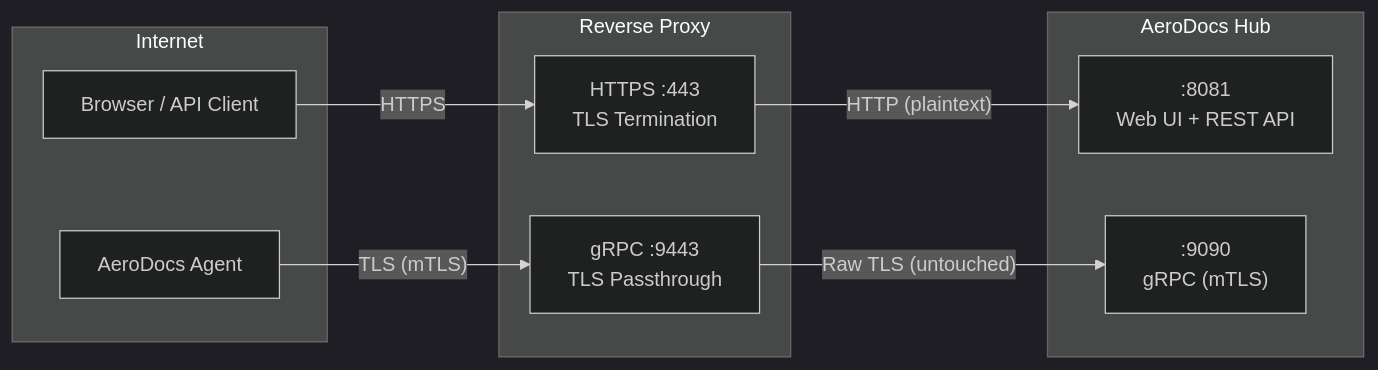
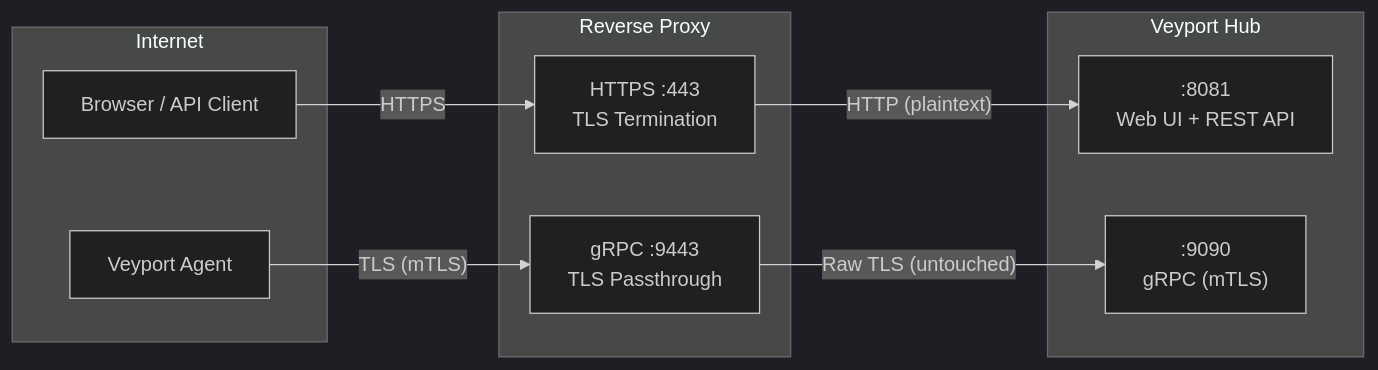
Before and after one commit to lorconksu/aerodocs: the diagram in docs/wiki/Proxy-Configuration.md, drawn with Mermaid (dark theme). The commit also changed other lines of this file and 237 other files, not shown here.

````diff
--- a/docs/wiki/Proxy-Configuration.md
+++ b/docs/wiki/Proxy-Configuration.md
@@ -16,23 +16,23 @@
 ```mermaid
 flowchart LR
     subgraph Internet
         Browser["Browser / API Client"]
-        Agent["AeroDocs Agent"]
+        Agent["Veyport Agent"]
     end
 
     subgraph Proxy["Reverse Proxy"]
         HTTPS["HTTPS :443<br/>TLS Termination"]
         GRPC["gRPC :9443<br/>TLS Passthrough"]
     end
 
-    subgraph Hub["AeroDocs Hub"]
+    subgraph Hub["Veyport Hub"]
         HTTP_SVC[":8081<br/>Web UI + REST API"]
         GRPC_SVC[":9090<br/>gRPC (mTLS)"]
     end
 
     Browser -- "HTTPS" --> HTTPS
     HTTPS -- "HTTP (plaintext)" --> HTTP_SVC
 
     Agent -- "TLS (mTLS)" --> GRPC
     GRPC -- "Raw TLS (untouched)" --> GRPC_SVC
 ```
````
